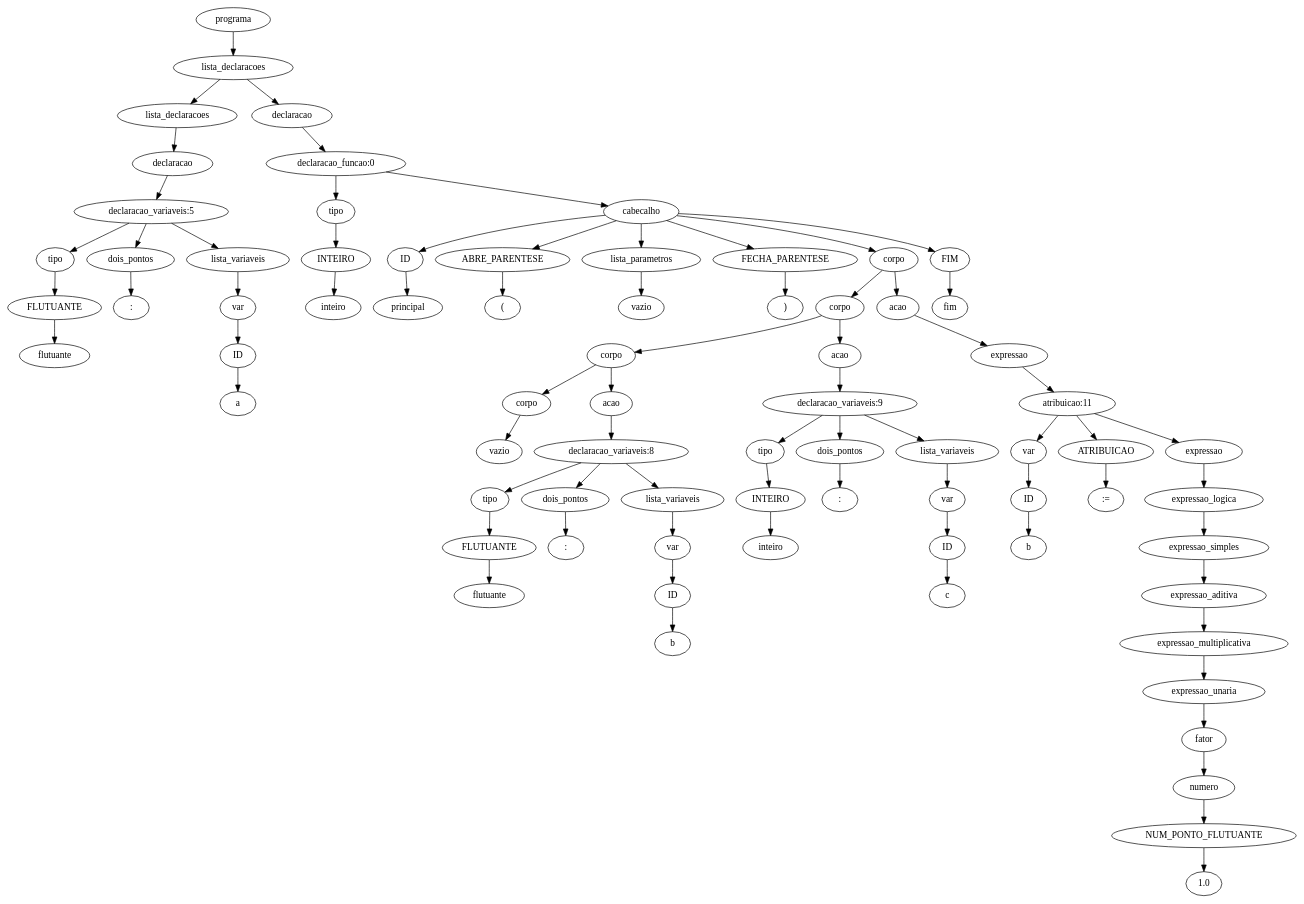
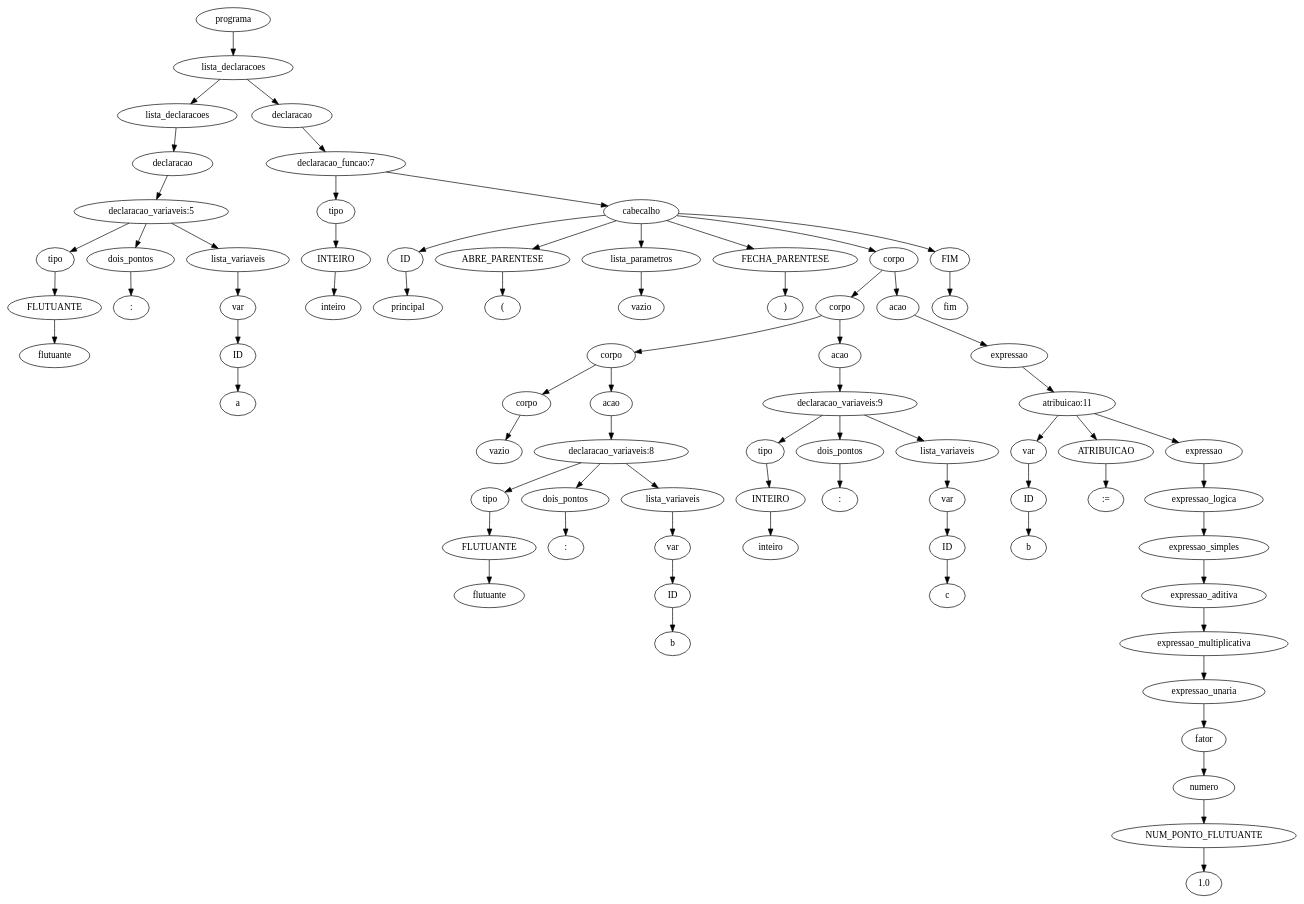
Before and after one commit to JuanFSR/Compiladores: the diagram in 7.AnaliseSemantica/implementacao/semantica-testes/sema-009.tpp.unique.ast.dot, drawn with Graphviz. The commit also changed 105 other files, not shown here.

```diff
--- a/7.AnaliseSemantica/implementacao/semantica-testes/sema-009.tpp.unique.ast.dot
+++ b/7.AnaliseSemantica/implementacao/semantica-testes/sema-009.tpp.unique.ast.dot
@@ -1,151 +1,151 @@
 digraph tree {
-    "0x7fd7c8712b50" [label="programa"];
-    "0x7fd7c68f2b50" [label="lista_declaracoes"];
-    "0x7fd7c68f2430" [label="lista_declaracoes"];
-    "0x7fd7c68c7910" [label="declaracao"];
-    "0x7fd7c68f23a0" [label="declaracao_variaveis:5"];
-    "0x7fd7c68f2310" [label="tipo"];
-    "0x7fd7c68f2370" [label="FLUTUANTE"];
-    "0x7fd7c68f23d0" [label="flutuante"];
-    "0x7fd7c68f2490" [label="dois_pontos"];
-    "0x7fd7c68f2340" [label=":"];
-    "0x7fd7c68f2400" [label="lista_variaveis"];
-    "0x7fd7c8712a90" [label="var"];
-    "0x7fd7c8712880" [label="ID"];
-    "0x7fd7c68f24f0" [label="a"];
-    "0x7fd7c68f2580" [label="declaracao"];
-    "0x7fd7c68f2190" [label="declaracao_funcao:0"];
-    "0x7fd7c68f25b0" [label="tipo"];
-    "0x7fd7c68f25e0" [label="INTEIRO"];
-    "0x7fd7c68f2610" [label="inteiro"];
-    "0x7fd7c68f2940" [label="cabecalho"];
-    "0x7fd7c68f2d90" [label="ID"];
-    "0x7fd7c68f2b20" [label="principal"];
-    "0x7fd7c6882250" [label="ABRE_PARENTESE"];
-    "0x7fd7c6882280" [label="("];
-    "0x7fd7c68f2790" [label="lista_parametros"];
-    "0x7fd7c68f24c0" [label="vazio"];
-    "0x7fd7c68822b0" [label="FECHA_PARENTESE"];
-    "0x7fd7c68822e0" [label=")"];
-    "0x7fd7c68821c0" [label="corpo"];
-    "0x7fd7c68f2c70" [label="corpo"];
-    "0x7fd7c68f2a30" [label="corpo"];
-    "0x7fd7c68f28b0" [label="corpo"];
-    "0x7fd7c68f2640" [label="vazio"];
-    "0x7fd7c68f28e0" [label="acao"];
-    "0x7fd7c68f29d0" [label="declaracao_variaveis:8"];
-    "0x7fd7c68f27c0" [label="tipo"];
-    "0x7fd7c68f2820" [label="FLUTUANTE"];
-    "0x7fd7c68f29a0" [label="flutuante"];
-    "0x7fd7c68f2a90" [label="dois_pontos"];
-    "0x7fd7c68f2bb0" [label=":"];
-    "0x7fd7c68f2a00" [label="lista_variaveis"];
-    "0x7fd7c68f2850" [label="var"];
-    "0x7fd7c68f27f0" [label="ID"];
-    "0x7fd7c68f2af0" [label="b"];
-    "0x7fd7c68f2b80" [label="acao"];
-    "0x7fd7c68f2c10" [label="declaracao_variaveis:9"];
-    "0x7fd7c68f2730" [label="tipo"];
-    "0x7fd7c68f2880" [label="INTEIRO"];
-    "0x7fd7c68f2be0" [label="inteiro"];
-    "0x7fd7c68f2cd0" [label="dois_pontos"];
-    "0x7fd7c68f2df0" [label=":"];
-    "0x7fd7c68f2c40" [label="lista_variaveis"];
-    "0x7fd7c68f2ac0" [label="var"];
-    "0x7fd7c68f2a60" [label="ID"];
-    "0x7fd7c68f2d30" [label="c"];
-    "0x7fd7c68f2d60" [label="acao"];
-    "0x7fd7c68f2dc0" [label="expressao"];
-    "0x7fd7c6882070" [label="atribuicao:11"];
-    "0x7fd7c68f2970" [label="var"];
-    "0x7fd7c68f2910" [label="ID"];
-    "0x7fd7c68f2e20" [label="b"];
-    "0x7fd7c6882100" [label="ATRIBUICAO"];
-    "0x7fd7c6882190" [label=":="];
-    "0x7fd7c6882040" [label="expressao"];
-    "0x7fd7c68f2fd0" [label="expressao_logica"];
-    "0x7fd7c68f2f10" [label="expressao_simples"];
-    "0x7fd7c68f2eb0" [label="expressao_aditiva"];
-    "0x7fd7c68f2fa0" [label="expressao_multiplicativa"];
-    "0x7fd7c68f2e50" [label="expressao_unaria"];
-    "0x7fd7c68f2e80" [label="fator"];
-    "0x7fd7c68f2d00" [label="numero"];
-    "0x7fd7c68f2ca0" [label="NUM_PONTO_FLUTUANTE"];
-    "0x7fd7c68f2f70" [label="1.0"];
-    "0x7fd7c6882310" [label="FIM"];
-    "0x7fd7c6882340" [label="fim"];
-    "0x7fd7c8712b50" -> "0x7fd7c68f2b50";
-    "0x7fd7c68f2b50" -> "0x7fd7c68f2430";
-    "0x7fd7c68f2b50" -> "0x7fd7c68f2580";
-    "0x7fd7c68f2430" -> "0x7fd7c68c7910";
-    "0x7fd7c68c7910" -> "0x7fd7c68f23a0";
-    "0x7fd7c68f23a0" -> "0x7fd7c68f2310";
-    "0x7fd7c68f23a0" -> "0x7fd7c68f2490";
-    "0x7fd7c68f23a0" -> "0x7fd7c68f2400";
-    "0x7fd7c68f2310" -> "0x7fd7c68f2370";
-    "0x7fd7c68f2370" -> "0x7fd7c68f23d0";
-    "0x7fd7c68f2490" -> "0x7fd7c68f2340";
-    "0x7fd7c68f2400" -> "0x7fd7c8712a90";
-    "0x7fd7c8712a90" -> "0x7fd7c8712880";
-    "0x7fd7c8712880" -> "0x7fd7c68f24f0";
-    "0x7fd7c68f2580" -> "0x7fd7c68f2190";
-    "0x7fd7c68f2190" -> "0x7fd7c68f25b0";
-    "0x7fd7c68f2190" -> "0x7fd7c68f2940";
-    "0x7fd7c68f25b0" -> "0x7fd7c68f25e0";
-    "0x7fd7c68f25e0" -> "0x7fd7c68f2610";
-    "0x7fd7c68f2940" -> "0x7fd7c68f2d90";
-    "0x7fd7c68f2940" -> "0x7fd7c6882250";
-    "0x7fd7c68f2940" -> "0x7fd7c68f2790";
-    "0x7fd7c68f2940" -> "0x7fd7c68822b0";
-    "0x7fd7c68f2940" -> "0x7fd7c68821c0";
-    "0x7fd7c68f2940" -> "0x7fd7c6882310";
-    "0x7fd7c68f2d90" -> "0x7fd7c68f2b20";
-    "0x7fd7c6882250" -> "0x7fd7c6882280";
-    "0x7fd7c68f2790" -> "0x7fd7c68f24c0";
-    "0x7fd7c68822b0" -> "0x7fd7c68822e0";
-    "0x7fd7c68821c0" -> "0x7fd7c68f2c70";
-    "0x7fd7c68821c0" -> "0x7fd7c68f2d60";
-    "0x7fd7c68f2c70" -> "0x7fd7c68f2a30";
-    "0x7fd7c68f2c70" -> "0x7fd7c68f2b80";
-    "0x7fd7c68f2a30" -> "0x7fd7c68f28b0";
-    "0x7fd7c68f2a30" -> "0x7fd7c68f28e0";
-    "0x7fd7c68f28b0" -> "0x7fd7c68f2640";
-    "0x7fd7c68f28e0" -> "0x7fd7c68f29d0";
-    "0x7fd7c68f29d0" -> "0x7fd7c68f27c0";
-    "0x7fd7c68f29d0" -> "0x7fd7c68f2a90";
-    "0x7fd7c68f29d0" -> "0x7fd7c68f2a00";
-    "0x7fd7c68f27c0" -> "0x7fd7c68f2820";
-    "0x7fd7c68f2820" -> "0x7fd7c68f29a0";
-    "0x7fd7c68f2a90" -> "0x7fd7c68f2bb0";
-    "0x7fd7c68f2a00" -> "0x7fd7c68f2850";
-    "0x7fd7c68f2850" -> "0x7fd7c68f27f0";
-    "0x7fd7c68f27f0" -> "0x7fd7c68f2af0";
-    "0x7fd7c68f2b80" -> "0x7fd7c68f2c10";
-    "0x7fd7c68f2c10" -> "0x7fd7c68f2730";
-    "0x7fd7c68f2c10" -> "0x7fd7c68f2cd0";
-    "0x7fd7c68f2c10" -> "0x7fd7c68f2c40";
-    "0x7fd7c68f2730" -> "0x7fd7c68f2880";
-    "0x7fd7c68f2880" -> "0x7fd7c68f2be0";
-    "0x7fd7c68f2cd0" -> "0x7fd7c68f2df0";
-    "0x7fd7c68f2c40" -> "0x7fd7c68f2ac0";
-    "0x7fd7c68f2ac0" -> "0x7fd7c68f2a60";
-    "0x7fd7c68f2a60" -> "0x7fd7c68f2d30";
-    "0x7fd7c68f2d60" -> "0x7fd7c68f2dc0";
-    "0x7fd7c68f2dc0" -> "0x7fd7c6882070";
-    "0x7fd7c6882070" -> "0x7fd7c68f2970";
-    "0x7fd7c6882070" -> "0x7fd7c6882100";
-    "0x7fd7c6882070" -> "0x7fd7c6882040";
-    "0x7fd7c68f2970" -> "0x7fd7c68f2910";
-    "0x7fd7c68f2910" -> "0x7fd7c68f2e20";
-    "0x7fd7c6882100" -> "0x7fd7c6882190";
-    "0x7fd7c6882040" -> "0x7fd7c68f2fd0";
-    "0x7fd7c68f2fd0" -> "0x7fd7c68f2f10";
-    "0x7fd7c68f2f10" -> "0x7fd7c68f2eb0";
-    "0x7fd7c68f2eb0" -> "0x7fd7c68f2fa0";
-    "0x7fd7c68f2fa0" -> "0x7fd7c68f2e50";
-    "0x7fd7c68f2e50" -> "0x7fd7c68f2e80";
-    "0x7fd7c68f2e80" -> "0x7fd7c68f2d00";
-    "0x7fd7c68f2d00" -> "0x7fd7c68f2ca0";
-    "0x7fd7c68f2ca0" -> "0x7fd7c68f2f70";
-    "0x7fd7c6882310" -> "0x7fd7c6882340";
+    "0x7f559c337940" [label="programa"];
+    "0x7f559a513a60" [label="lista_declaracoes"];
+    "0x7f559a513340" [label="lista_declaracoes"];
+    "0x7f559a4eb820" [label="declaracao"];
+    "0x7f559a5132b0" [label="declaracao_variaveis:5"];
+    "0x7f559a513220" [label="tipo"];
+    "0x7f559a513280" [label="FLUTUANTE"];
+    "0x7f559a5132e0" [label="flutuante"];
+    "0x7f559a5133a0" [label="dois_pontos"];
+    "0x7f559a513250" [label=":"];
+    "0x7f559a513310" [label="lista_variaveis"];
+    "0x7f559c3377f0" [label="var"];
+    "0x7f559a72c250" [label="ID"];
+    "0x7f559a513400" [label="a"];
+    "0x7f559a513490" [label="declaracao"];
+    "0x7f559a513430" [label="declaracao_funcao:7"];
+    "0x7f559a5134c0" [label="tipo"];
+    "0x7f559a5134f0" [label="INTEIRO"];
+    "0x7f559a513520" [label="inteiro"];
+    "0x7f559a513ca0" [label="cabecalho"];
+    "0x7f559a513850" [label="ID"];
+    "0x7f559a513a30" [label="principal"];
+    "0x7f559a4a3160" [label="ABRE_PARENTESE"];
+    "0x7f559a4a3190" [label="("];
+    "0x7f559a5136a0" [label="lista_parametros"];
+    "0x7f559a5133d0" [label="vazio"];
+    "0x7f559a4a31c0" [label="FECHA_PARENTESE"];
+    "0x7f559a4a31f0" [label=")"];
+    "0x7f559a4a30d0" [label="corpo"];
+    "0x7f559a513b80" [label="corpo"];
+    "0x7f559a513940" [label="corpo"];
+    "0x7f559a5137c0" [label="corpo"];
+    "0x7f559a513550" [label="vazio"];
+    "0x7f559a5137f0" [label="acao"];
+    "0x7f559a5138e0" [label="declaracao_variaveis:8"];
+    "0x7f559a5136d0" [label="tipo"];
+    "0x7f559a513730" [label="FLUTUANTE"];
+    "0x7f559a5138b0" [label="flutuante"];
+    "0x7f559a5139a0" [label="dois_pontos"];
+    "0x7f559a513ac0" [label=":"];
+    "0x7f559a513910" [label="lista_variaveis"];
+    "0x7f559a513760" [label="var"];
+    "0x7f559a513700" [label="ID"];
+    "0x7f559a513a00" [label="b"];
+    "0x7f559a513a90" [label="acao"];
+    "0x7f559a513b20" [label="declaracao_variaveis:9"];
+    "0x7f559a513640" [label="tipo"];
+    "0x7f559a513790" [label="INTEIRO"];
+    "0x7f559a513af0" [label="inteiro"];
+    "0x7f559a513be0" [label="dois_pontos"];
+    "0x7f559a513d00" [label=":"];
+    "0x7f559a513b50" [label="lista_variaveis"];
+    "0x7f559a5139d0" [label="var"];
+    "0x7f559a513970" [label="ID"];
+    "0x7f559a513c40" [label="c"];
+    "0x7f559a513fa0" [label="acao"];
+    "0x7f559a513cd0" [label="expressao"];
+    "0x7f559a513f40" [label="atribuicao:11"];
+    "0x7f559a513880" [label="var"];
+    "0x7f559a513820" [label="ID"];
+    "0x7f559a513d30" [label="b"];
+    "0x7f559a513fd0" [label="ATRIBUICAO"];
+    "0x7f559a4a30a0" [label=":="];
+    "0x7f559a513f10" [label="expressao"];
+    "0x7f559a513ee0" [label="expressao_logica"];
+    "0x7f559a513e20" [label="expressao_simples"];
+    "0x7f559a513dc0" [label="expressao_aditiva"];
+    "0x7f559a513eb0" [label="expressao_multiplicativa"];
+    "0x7f559a513d60" [label="expressao_unaria"];
+    "0x7f559a513d90" [label="fator"];
+    "0x7f559a513c10" [label="numero"];
+    "0x7f559a513bb0" [label="NUM_PONTO_FLUTUANTE"];
+    "0x7f559a513e80" [label="1.0"];
+    "0x7f559a4a3220" [label="FIM"];
+    "0x7f559a4a3250" [label="fim"];
+    "0x7f559c337940" -> "0x7f559a513a60";
+    "0x7f559a513a60" -> "0x7f559a513340";
+    "0x7f559a513a60" -> "0x7f559a513490";
+    "0x7f559a513340" -> "0x7f559a4eb820";
+    "0x7f559a4eb820" -> "0x7f559a5132b0";
+    "0x7f559a5132b0" -> "0x7f559a513220";
+    "0x7f559a5132b0" -> "0x7f559a5133a0";
+    "0x7f559a5132b0" -> "0x7f559a513310";
+    "0x7f559a513220" -> "0x7f559a513280";
+    "0x7f559a513280" -> "0x7f559a5132e0";
+    "0x7f559a5133a0" -> "0x7f559a513250";
+    "0x7f559a513310" -> "0x7f559c3377f0";
+    "0x7f559c3377f0" -> "0x7f559a72c250";
+    "0x7f559a72c250" -> "0x7f559a513400";
+    "0x7f559a513490" -> "0x7f559a513430";
+    "0x7f559a513430" -> "0x7f559a5134c0";
+    "0x7f559a513430" -> "0x7f559a513ca0";
+    "0x7f559a5134c0" -> "0x7f559a5134f0";
+    "0x7f559a5134f0" -> "0x7f559a513520";
+    "0x7f559a513ca0" -> "0x7f559a513850";
+    "0x7f559a513ca0" -> "0x7f559a4a3160";
+    "0x7f559a513ca0" -> "0x7f559a5136a0";
+    "0x7f559a513ca0" -> "0x7f559a4a31c0";
+    "0x7f559a513ca0" -> "0x7f559a4a30d0";
+    "0x7f559a513ca0" -> "0x7f559a4a3220";
+    "0x7f559a513850" -> "0x7f559a513a30";
+    "0x7f559a4a3160" -> "0x7f559a4a3190";
+    "0x7f559a5136a0" -> "0x7f559a5133d0";
+    "0x7f559a4a31c0" -> "0x7f559a4a31f0";
+    "0x7f559a4a30d0" -> "0x7f559a513b80";
+    "0x7f559a4a30d0" -> "0x7f559a513fa0";
+    "0x7f559a513b80" -> "0x7f559a513940";
+    "0x7f559a513b80" -> "0x7f559a513a90";
+    "0x7f559a513940" -> "0x7f559a5137c0";
+    "0x7f559a513940" -> "0x7f559a5137f0";
+    "0x7f559a5137c0" -> "0x7f559a513550";
+    "0x7f559a5137f0" -> "0x7f559a5138e0";
+    "0x7f559a5138e0" -> "0x7f559a5136d0";
+    "0x7f559a5138e0" -> "0x7f559a5139a0";
+    "0x7f559a5138e0" -> "0x7f559a513910";
+    "0x7f559a5136d0" -> "0x7f559a513730";
+    "0x7f559a513730" -> "0x7f559a5138b0";
+    "0x7f559a5139a0" -> "0x7f559a513ac0";
+    "0x7f559a513910" -> "0x7f559a513760";
+    "0x7f559a513760" -> "0x7f559a513700";
+    "0x7f559a513700" -> "0x7f559a513a00";
+    "0x7f559a513a90" -> "0x7f559a513b20";
+    "0x7f559a513b20" -> "0x7f559a513640";
+    "0x7f559a513b20" -> "0x7f559a513be0";
+    "0x7f559a513b20" -> "0x7f559a513b50";
+    "0x7f559a513640" -> "0x7f559a513790";
+    "0x7f559a513790" -> "0x7f559a513af0";
+    "0x7f559a513be0" -> "0x7f559a513d00";
+    "0x7f559a513b50" -> "0x7f559a5139d0";
+    "0x7f559a5139d0" -> "0x7f559a513970";
+    "0x7f559a513970" -> "0x7f559a513c40";
+    "0x7f559a513fa0" -> "0x7f559a513cd0";
+    "0x7f559a513cd0" -> "0x7f559a513f40";
+    "0x7f559a513f40" -> "0x7f559a513880";
+    "0x7f559a513f40" -> "0x7f559a513fd0";
+    "0x7f559a513f40" -> "0x7f559a513f10";
+    "0x7f559a513880" -> "0x7f559a513820";
+    "0x7f559a513820" -> "0x7f559a513d30";
+    "0x7f559a513fd0" -> "0x7f559a4a30a0";
+    "0x7f559a513f10" -> "0x7f559a513ee0";
+    "0x7f559a513ee0" -> "0x7f559a513e20";
+    "0x7f559a513e20" -> "0x7f559a513dc0";
+    "0x7f559a513dc0" -> "0x7f559a513eb0";
+    "0x7f559a513eb0" -> "0x7f559a513d60";
+    "0x7f559a513d60" -> "0x7f559a513d90";
+    "0x7f559a513d90" -> "0x7f559a513c10";
+    "0x7f559a513c10" -> "0x7f559a513bb0";
+    "0x7f559a513bb0" -> "0x7f559a513e80";
+    "0x7f559a4a3220" -> "0x7f559a4a3250";
 }
```
